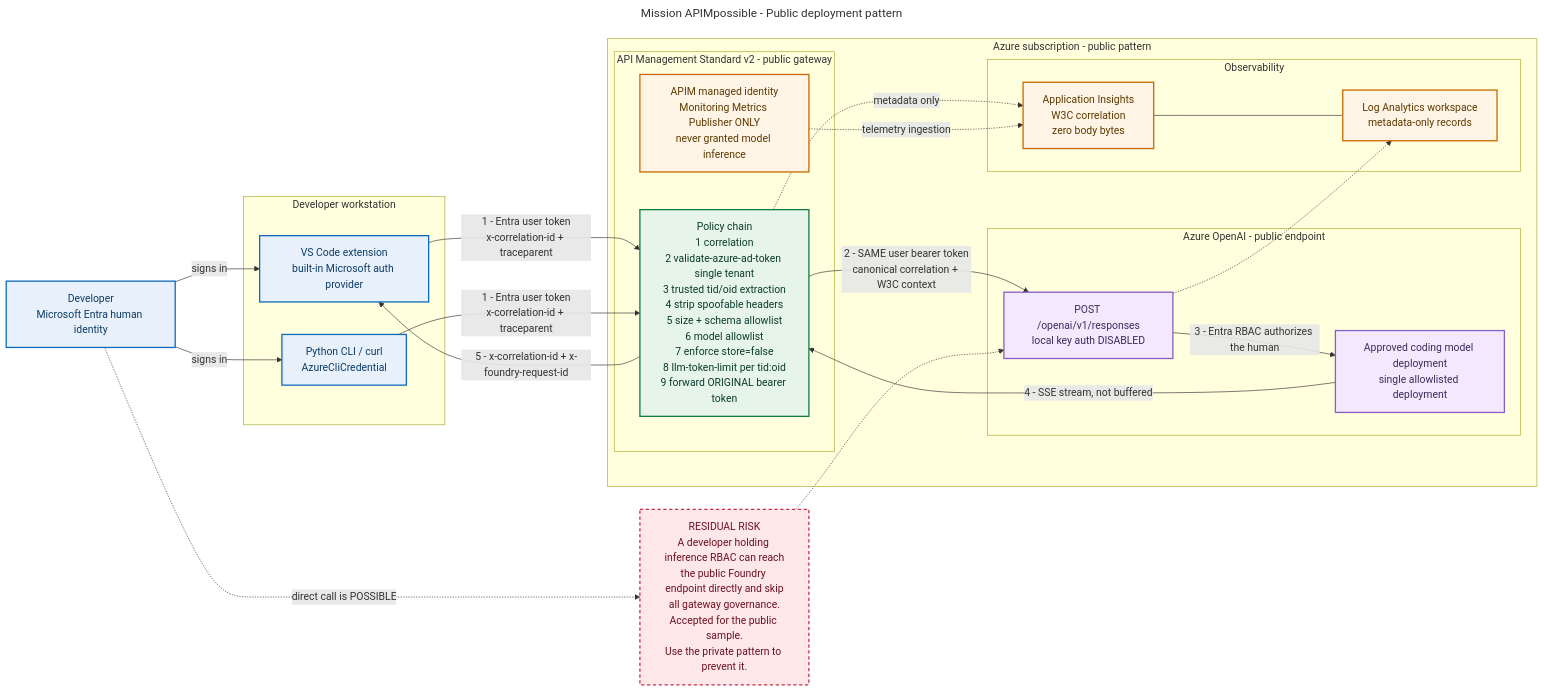
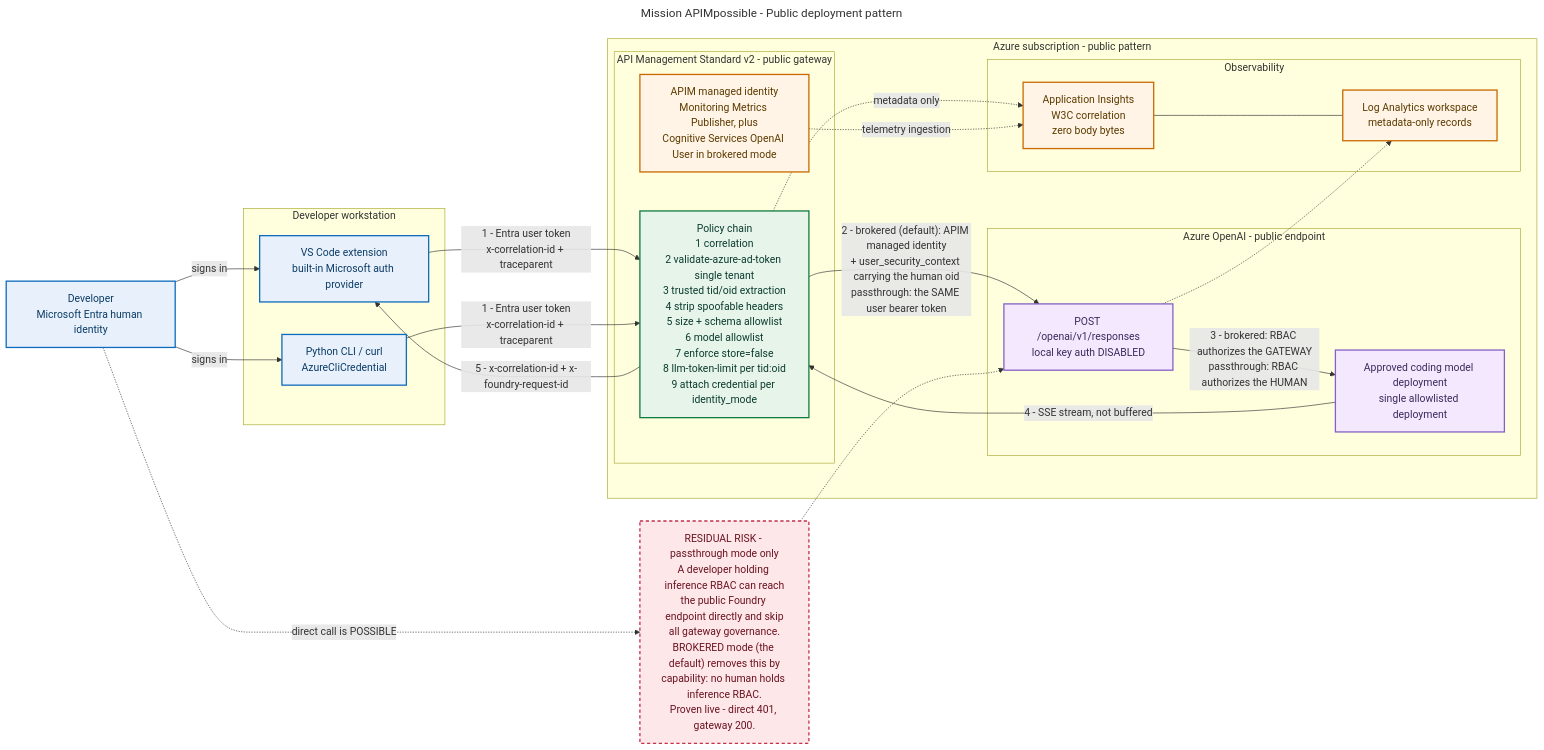
One commit to aionic/mission-apimpossible changed the diagram in docs/architecture/mission-apimpossible-public.mmd. Above: the diagram before and after it, drawn with Mermaid. The commit also changed 7 other files, not shown here.

```diff
--- a/docs/architecture/mission-apimpossible-public.mmd
+++ b/docs/architecture/mission-apimpossible-public.mmd
@@ -1,53 +1,53 @@
 ---
 title: Mission APIMpossible - Public deployment pattern
 ---
 flowchart LR
     classDef actor fill:#E8F1FB,stroke:#0F6CBD,stroke-width:2px,color:#0B3B66
     classDef gateway fill:#E6F4EA,stroke:#107C41,stroke-width:2px,color:#0B3B2E
     classDef model fill:#F3E8FD,stroke:#8661C5,stroke-width:2px,color:#3B2A5C
     classDef telemetry fill:#FFF4E5,stroke:#C86A00,stroke-width:2px,color:#5C3A00
     classDef risk fill:#FDE7E9,stroke:#C4314B,stroke-width:2px,color:#6B1220,stroke-dasharray: 5 4
 
     DEV["Developer<br/>Microsoft Entra human identity"]:::actor
 
     subgraph IDE["Developer workstation"]
         VSC["VS Code extension<br/>built-in Microsoft auth provider"]:::actor
         CLI["Python CLI / curl<br/>AzureCliCredential"]:::actor
     end
 
     subgraph AZURE["Azure subscription - public pattern"]
         subgraph APIM["API Management Standard v2 - public gateway"]
-            POL["Policy chain<br/>1 correlation<br/>2 validate-azure-ad-token single tenant<br/>3 trusted tid/oid extraction<br/>4 strip spoofable headers<br/>5 size + schema allowlist<br/>6 model allowlist<br/>7 enforce store=false<br/>8 llm-token-limit per tid:oid<br/>9 forward ORIGINAL bearer token"]:::gateway
-            APIMID["APIM managed identity<br/>Monitoring Metrics Publisher ONLY<br/>never granted model inference"]:::telemetry
+            POL["Policy chain<br/>1 correlation<br/>2 validate-azure-ad-token single tenant<br/>3 trusted tid/oid extraction<br/>4 strip spoofable headers<br/>5 size + schema allowlist<br/>6 model allowlist<br/>7 enforce store=false<br/>8 llm-token-limit per tid:oid<br/>9 attach credential per identity_mode"]:::gateway
+            APIMID["APIM managed identity<br/>Monitoring Metrics Publisher, plus<br/>Cognitive Services OpenAI User in brokered mode"]:::telemetry
         end
 
         subgraph AOAI["Azure OpenAI - public endpoint"]
             RESP["POST /openai/v1/responses<br/>local key auth DISABLED"]:::model
             MODEL["Approved coding model deployment<br/>single allowlisted deployment"]:::model
         end
 
         subgraph OBS["Observability"]
             AI["Application Insights<br/>W3C correlation<br/>zero body bytes"]:::telemetry
             LAW["Log Analytics workspace<br/>metadata-only records"]:::telemetry
         end
     end
 
     DEV -->|"signs in"| VSC
     DEV -->|"signs in"| CLI
 
     VSC -->|"1 - Entra user token<br/>x-correlation-id + traceparent"| POL
     CLI -->|"1 - Entra user token<br/>x-correlation-id + traceparent"| POL
 
-    POL -->|"2 - SAME user bearer token<br/>canonical correlation + W3C context"| RESP
-    RESP -->|"3 - Entra RBAC authorizes the human"| MODEL
+    POL -->|"2 - brokered (default): APIM managed identity<br/>+ user_security_context carrying the human oid<br/>passthrough: the SAME user bearer token"| RESP
+    RESP -->|"3 - brokered: RBAC authorizes the GATEWAY<br/>passthrough: RBAC authorizes the HUMAN"| MODEL
     MODEL -->|"4 - SSE stream, not buffered"| POL
     POL -->|"5 - x-correlation-id + x-foundry-request-id"| VSC
 
     POL -.->|"metadata only"| AI
     APIMID -.->|"telemetry ingestion"| AI
     AI --- LAW
     RESP -.-> LAW
 
-    BYPASS["RESIDUAL RISK<br/>A developer holding inference RBAC can reach<br/>the public Foundry endpoint directly and skip<br/>all gateway governance.<br/>Accepted for the public sample.<br/>Use the private pattern to prevent it."]:::risk
+    BYPASS["RESIDUAL RISK - passthrough mode only<br/>A developer holding inference RBAC can reach<br/>the public Foundry endpoint directly and skip<br/>all gateway governance.<br/>BROKERED mode (the default) removes this by<br/>capability: no human holds inference RBAC.<br/>Proven live - direct 401, gateway 200."]:::risk
     DEV -.->|"direct call is POSSIBLE"| BYPASS
     BYPASS -.-> RESP
```
